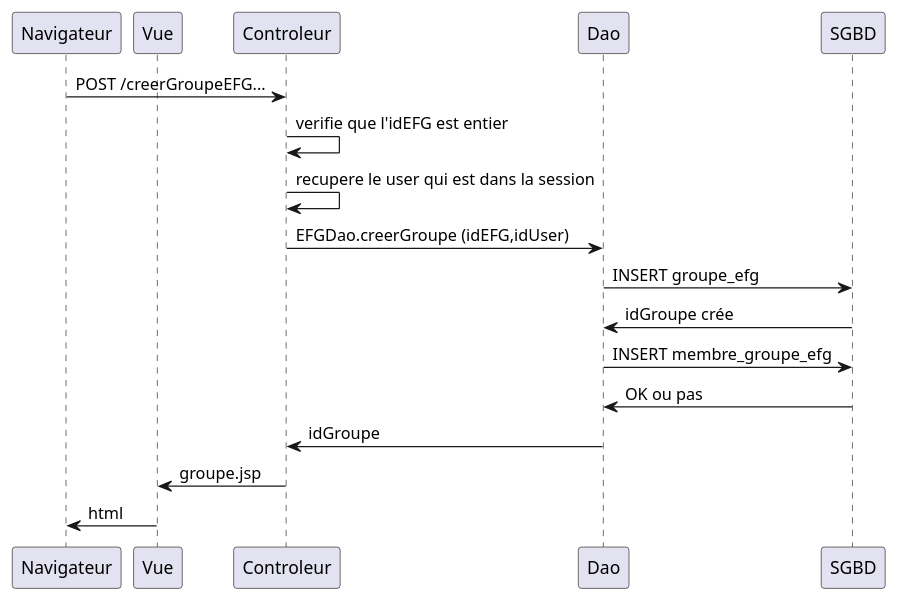
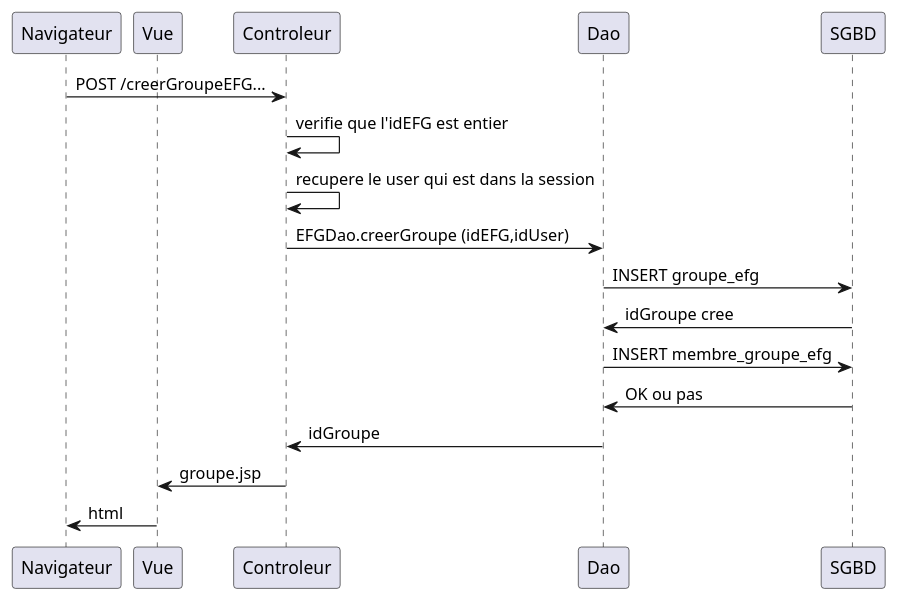
The diagram in src/main/webapp/doc/creationGroupe.puml (michel-plasse/siomassy2021), drawn with PlantUML before and after one commit. The commit also changed 6 other files, not shown here.

```diff
--- a/src/main/webapp/doc/creationGroupe.puml
+++ b/src/main/webapp/doc/creationGroupe.puml
@@ -1,18 +1,18 @@
 @startuml
 ' par défaut, les couches sont disposées dans l'ordre d'apparition
 ' nous utilison participant pour préciser qu'après Navigateur il y a Vue et non Controleur
 participant Navigateur
 participant Vue
 ' creation de groupe et ajouter des etudiants 1.2
 Navigateur -> Controleur: POST /creerGroupeEFG...
 Controleur -> Controleur: verifie que l'idEFG est entier  
 Controleur -> Controleur: recupere le user qui est dans la session
 Controleur -> Dao: EFGDao.creerGroupe (idEFG,idUser)
 Dao -> SGBD: INSERT groupe_efg
-SGBD -> Dao: idGroupe crée
+SGBD -> Dao: idGroupe cree
 Dao -> SGBD: INSERT membre_groupe_efg
 SGBD -> Dao: OK ou pas
 Dao -> Controleur: idGroupe
 Controleur -> Vue: groupe.jsp
 Vue -> Navigateur: html
 @enduml
```
